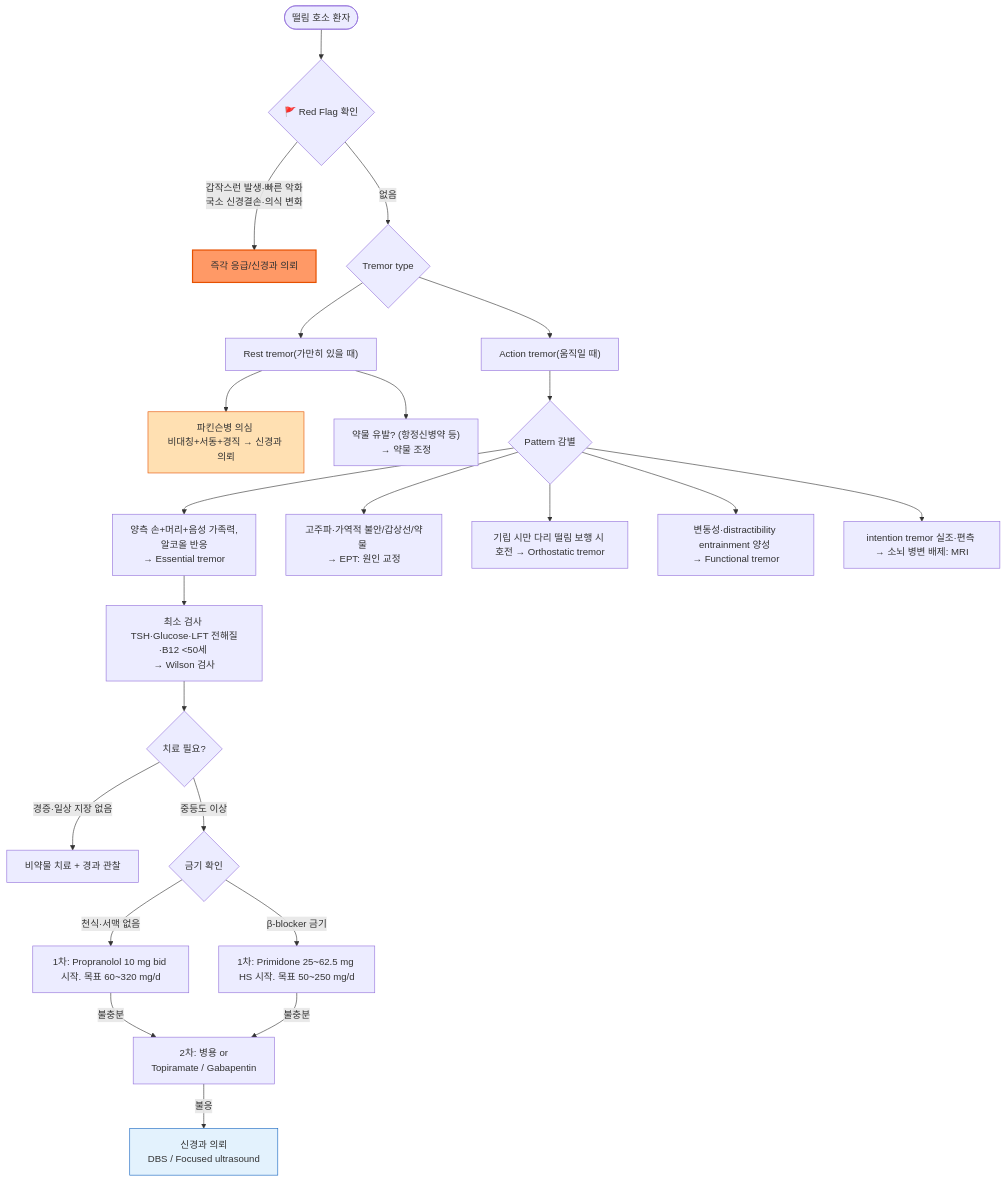
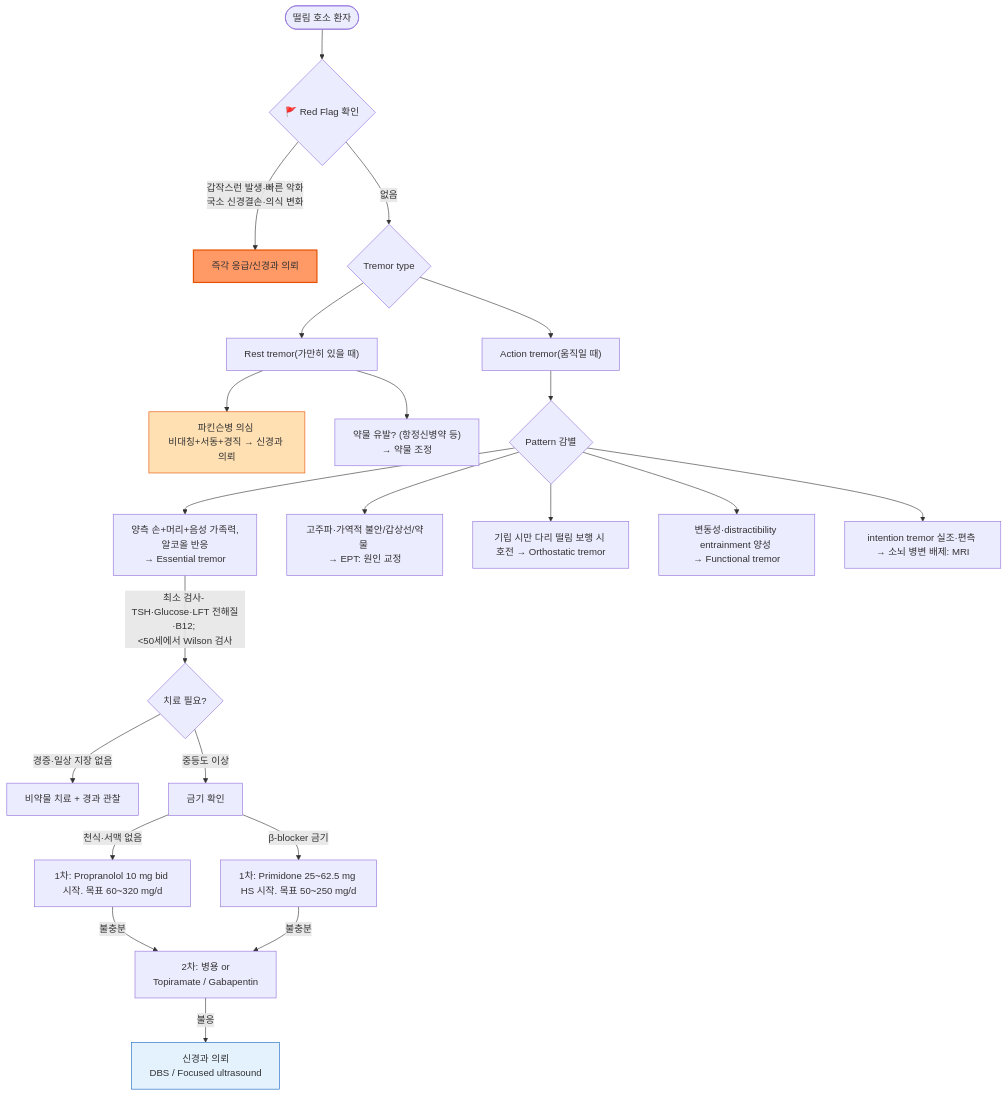
The diagram in 221_/034_-tremor.md (familyoh77/familyoh77), drawn with Mermaid before and after one commit.

Commit message:
GITBOOK-719: No subject

````diff
--- a/221_/034_-tremor.md
+++ b/221_/034_-tremor.md
@@ -140,33 +140,32 @@
 ```mermaid
 flowchart TD
     A([떨림 호소 환자]) --> B{🚩 Red Flag 확인}
     B -- "갑작스런 발생·빠른 악화<br/>국소 신경결손·의식 변화" --> C[즉각 응급/신경과 의뢰]
     B -- 없음 --> D{Tremor type}
 
     D --> E["Rest tremor(가만히 있을 때)"]
     D --> F["Action tremor(움직일 때)"]
 
     E --> G["파킨슨병 의심 <br/>비대칭+서동+경직 → 신경과 의뢰"]
     E --> H["약물 유발? (항정신병약 등) <br/>→ 약물 조정"]
 
     F --> I{Pattern 감별}
     I --> J["양측 손+머리+음성 가족력, <br/>알코올 반응 <br/>→ Essential tremor"]
     I --> K["고주파·가역적 불안/갑상선/약물 <br/>→ EPT: 원인 교정"]
     I --> L["기립 시만 다리 떨림 보행 시 호전 → Orthostatic tremor"]
     I --> M["변동성·distractibility entrainment 양성 <br/>→ Functional tremor"]
     I --> N["intention tremor 실조·편측 → 소뇌 병변 배제: MRI"]
 
-    J --> O["최소 검사 TSH·Glucose·LFT 전해질·B12 <50세 <br/>→ Wilson 검사"]
-    O --> P{치료 필요?}
+    J --"최소 검사- TSH·Glucose·LFT 전해질·B12; <br/><50세에서 Wilson 검사"--> P{치료 필요?}
     P -- "경증·일상 지장 없음" --> Q[비약물 치료 + 경과 관찰]
-    P -- "중등도 이상" --> R{금기 확인}
+    P -- "중등도 이상" --> R[금기 확인]
     R -- "천식·서맥 없음" --> S["1차: Propranolol 10 mg bid 시작. 목표 60~320 mg/d"]
     R -- "β-blocker 금기" --> T["1차: Primidone 25~62.5 mg HS 시작. 목표 50~250 mg/d"]
     S -- 불충분 --> U["2차: 병용 or <br/>Topiramate / Gabapentin"]
     T -- 불충분 --> U
     U -- 불응 --> V["신경과 의뢰 <br/>DBS / Focused ultrasound"]
 
     style C fill:#f96,stroke:#e65100,stroke-width:2px
     style G fill:#ffe0b2,stroke:#e65100
     style V fill:#e3f2fd,stroke:#1565c0
 ```
````
